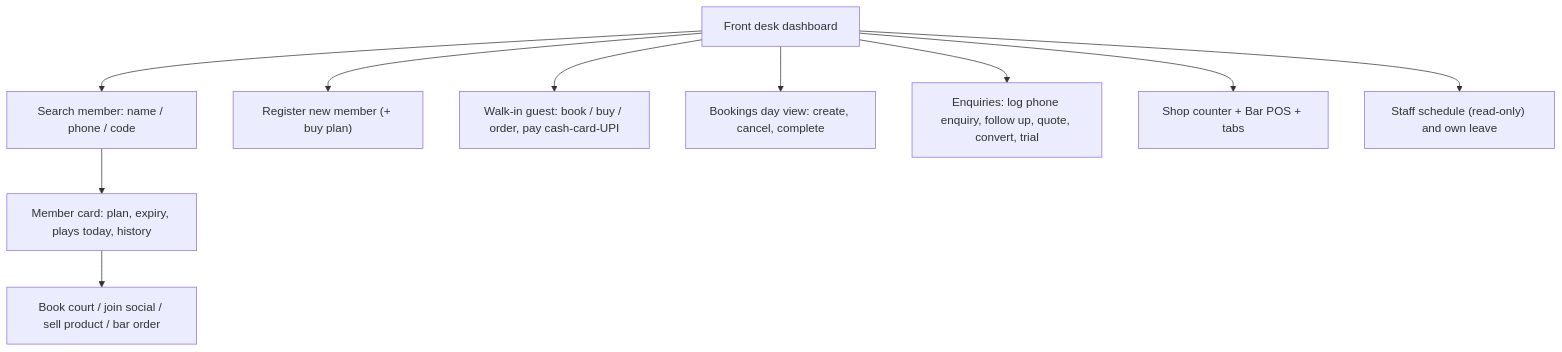
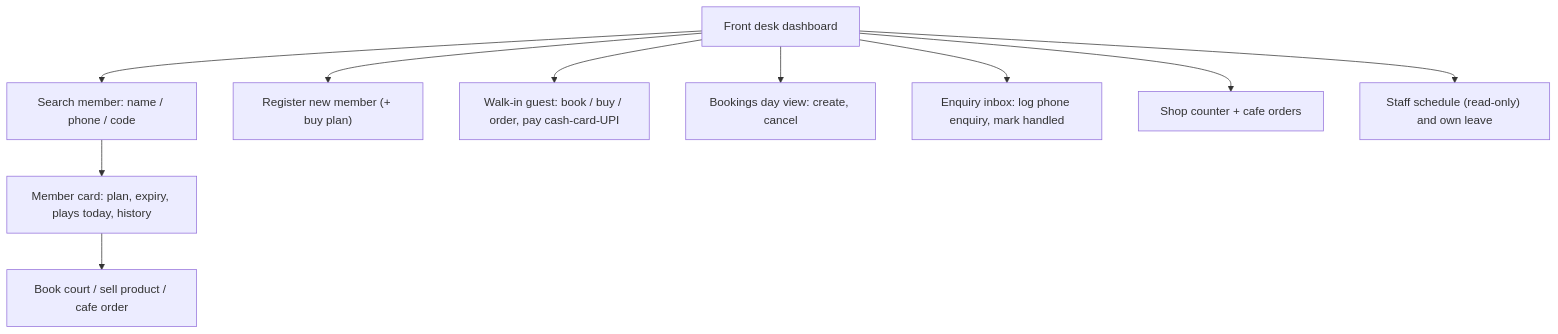
One commit to OjasPurohit/Meridian-Bay changed the fifth of 18 diagrams in docs/workflows/USER_FLOWS.md. Above: the diagram before and after it, drawn with Mermaid. The commit also changed other lines of this file and 276 other files, not shown here.

````diff
--- a/docs/workflows/USER_FLOWS.md
+++ b/docs/workflows/USER_FLOWS.md
@@ -109,12 +104,12 @@
 ```mermaid
 flowchart TB
   FD["Front desk dashboard"] --> M1["Search member: name / phone / code"]
   M1 --> M2["Member card: plan, expiry, plays today, history"]
-  M2 --> M3["Book court / join social / sell product / bar order"]
+  M2 --> M3["Book court / sell product / cafe order"]
   FD --> R["Register new member (+ buy plan)"]
   FD --> W["Walk-in guest: book / buy / order, pay cash-card-UPI"]
-  FD --> BKV["Bookings day view: create, cancel, complete"]
-  FD --> E["Enquiries: log phone enquiry, follow up, quote, convert, trial"]
-  FD --> POS["Shop counter + Bar POS + tabs"]
+  FD --> BKV["Bookings day view: create, cancel"]
+  FD --> E["Enquiry inbox: log phone enquiry, mark handled"]
+  FD --> POS["Shop counter + cafe orders"]
   FD --> SC["Staff schedule (read-only) and own leave"]
 ```
````
